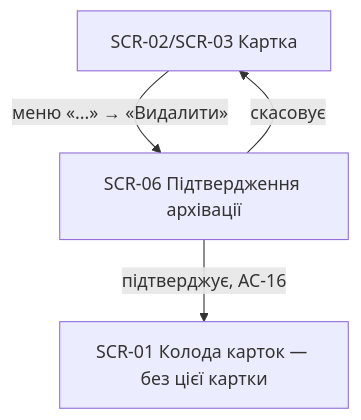
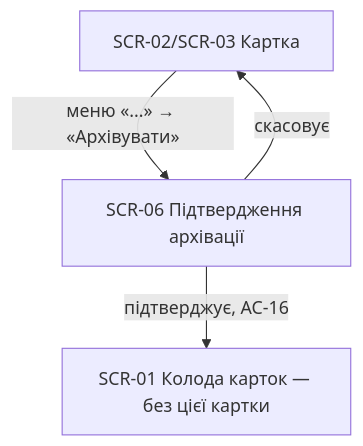
One commit to danyllukandrey-cloud/claude-workspace changed diagram 13 of 13 in docs/features/life-area-card/ux-flows.md. Above: the diagram before and after it, drawn with Mermaid. The commit also changed other lines of this file and 4 other files, not shown here.

First line of the commit message:
docs(life-area-card): user-facing action renamed Видалити -> Архівувати

````diff
--- a/docs/features/life-area-card/ux-flows.md
+++ b/docs/features/life-area-card/ux-flows.md
@@ -172,6 +172,6 @@
 ```mermaid
 flowchart TD
-    A[SCR-02/SCR-03 Картка] -->|меню «...» → «Видалити»| B[SCR-06 Підтвердження архівації]
+    A[SCR-02/SCR-03 Картка] -->|меню «...» → «Архівувати»| B[SCR-06 Підтвердження архівації]
     B -->|скасовує| A
     B -->|підтверджує, AC-16| C[SCR-01 Колода карток — без цієї картки]
 ```
````
